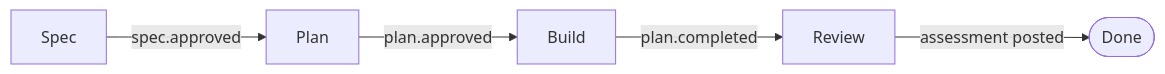
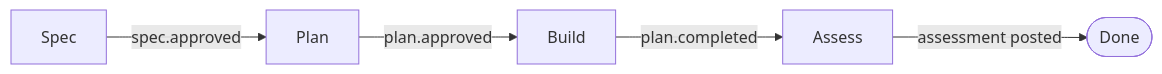
The diagram in docs/agent-dev-flow.md (RankOneLabs/oakridge), drawn with Mermaid before and after one commit. The commit also changed other lines of this file and 18 other files, not shown here.

First line of the commit message:
feat(rename): review→assess EpicStage and planner3→assessor code rename

````diff
--- a/docs/agent-dev-flow.md
+++ b/docs/agent-dev-flow.md
@@ -24,7 +24,7 @@
 ```mermaid
 flowchart LR
   Spec -->|spec.approved| Plan
   Plan -->|plan.approved| Build
-  Build -->|plan.completed| Review
-  Review -->|assessment posted| Done([Done])
+  Build -->|plan.completed| Assess
+  Assess -->|assessment posted| Done([Done])
 ```
````
